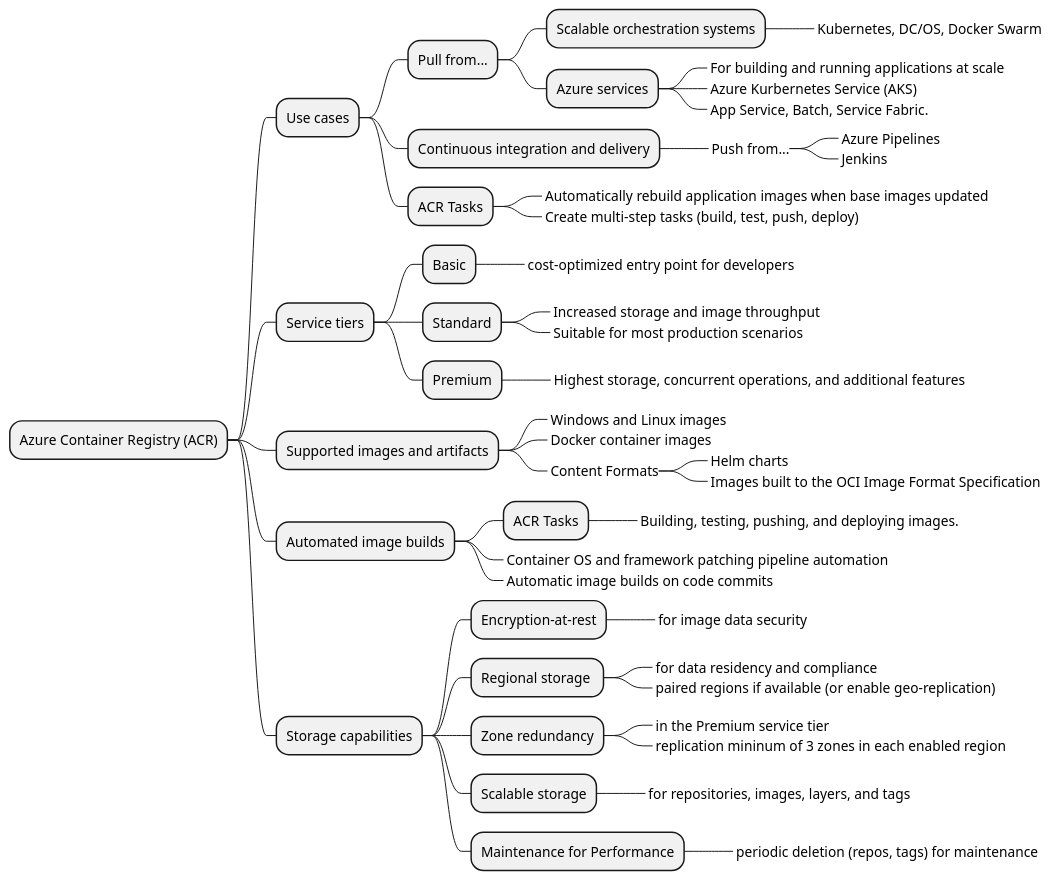
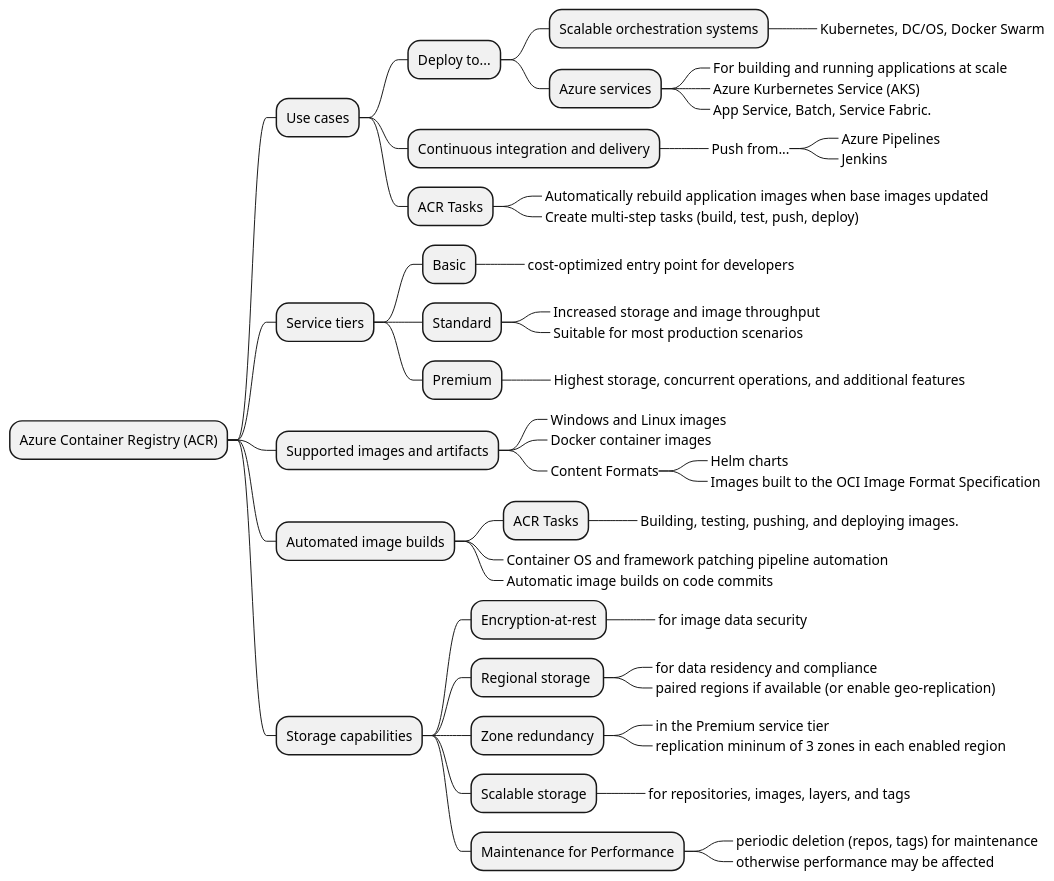
Before and after one commit to bobbyache/AZ-204: the diagram in 03 - containerized-solutions/diagrams/container-registry.plantuml, drawn with PlantUML. The commit also changed 101 other files, not shown here.

```diff
--- a/03 - containerized-solutions/diagrams/container-registry.plantuml
+++ b/03 - containerized-solutions/diagrams/container-registry.plantuml
@@ -1,53 +1,54 @@
 @startmindmap
 
 + Azure Container Registry (ACR)
 ++ Use cases
-+++ Pull from...
++++ Deploy to...
 ++++ Scalable orchestration systems
 +++++_ Kubernetes, DC/OS, Docker Swarm
 ++++ Azure services
 +++++_ For building and running applications at scale
 +++++_ Azure Kurbernetes Service (AKS)
 +++++_ App Service, Batch, Service Fabric.
 +++ Continuous integration and delivery
 ++++_ Push from...
 +++++_ Azure Pipelines
 +++++_ Jenkins
 +++ ACR Tasks
 ++++_ Automatically rebuild application images when base images updated
 ++++_ Create multi-step tasks (build, test, push, deploy)
 ++ Service tiers
 +++ Basic
 ++++_ cost-optimized entry point for developers
 +++ Standard
 ++++_ Increased storage and image throughput
 ++++_ Suitable for most production scenarios
 +++ Premium
 ++++_ Highest storage, concurrent operations, and additional features
 
 ++ Supported images and artifacts
 +++_ Windows and Linux images
 +++_ Docker container images
 +++_ Content Formats
 ++++_ Helm charts
 ++++_ Images built to the OCI Image Format Specification
 ++ Automated image builds
 +++ ACR Tasks
 ++++_ Building, testing, pushing, and deploying images.
 +++_ Container OS and framework patching pipeline automation
 +++_ Automatic image builds on code commits
 ++ Storage capabilities
 +++ Encryption-at-rest
 ++++_ for image data security
 +++ Regional storage 
 ++++_ for data residency and compliance
 ++++_ paired regions if available (or enable geo-replication)
 +++ Zone redundancy
 ++++_ in the Premium service tier
 ++++_ replication mininum of 3 zones in each enabled region
 +++ Scalable storage
 ++++_ for repositories, images, layers, and tags
 +++ Maintenance for Performance
 ++++_ periodic deletion (repos, tags) for maintenance
+++++_ otherwise performance may be affected
 
 @endmindmap
```
